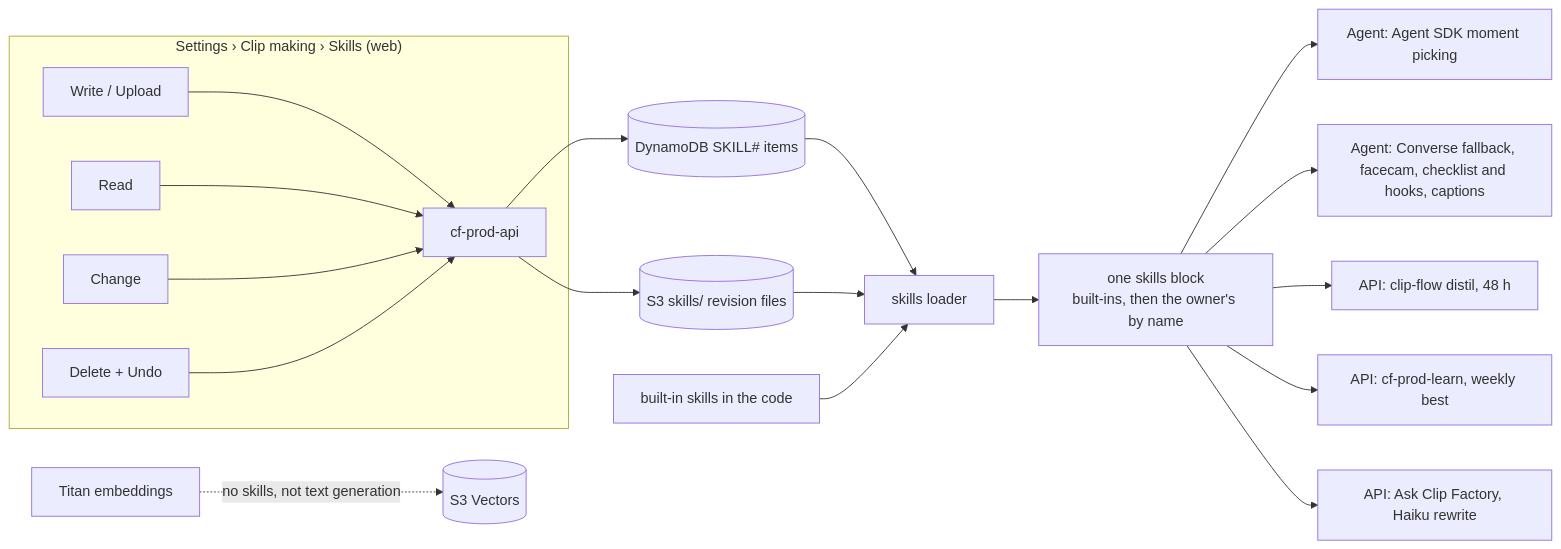
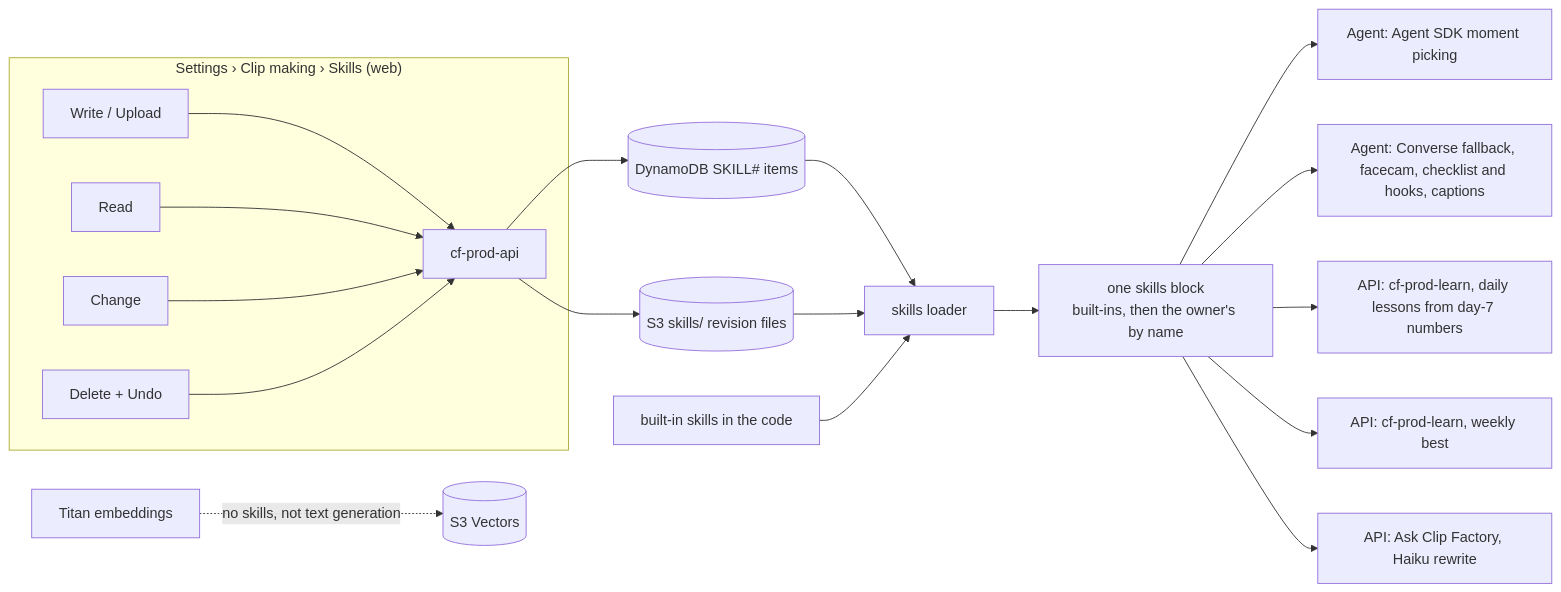
One commit to Lamo2real/clip-factory changed diagram 18 of 20 in docs/ARCHITECTURE.md. Above: the diagram before and after it, drawn with Mermaid. The commit also changed other lines of this file and 12 other files, not shown here.

````diff
--- a/docs/ARCHITECTURE.md
+++ b/docs/ARCHITECTURE.md
@@ -811,21 +810,21 @@
 ```mermaid
 flowchart LR
   subgraph Settings["Settings › Clip making › Skills (web)"]
     W[Write / Upload] --> API
     R[Read] --> API
     E[Change] --> API
     X[Delete + Undo] --> API
   end
   API[cf-prod-api] --> D[("DynamoDB SKILL# items")]
   API --> S[("S3 skills/ revision files")]
   D --> L1[skills loader]
   S --> L1
   B0[built-in skills in the code] --> L1
   L1 --> BLK["one skills block<br/>built-ins, then the owner's by name"]
   BLK --> A1[Agent: Agent SDK moment picking]
   BLK --> A2[Agent: Converse fallback, facecam, checklist and hooks, captions]
-  BLK --> A3[API: clip-flow distil, 48 h]
+  BLK --> A3[API: cf-prod-learn, daily lessons from day-7 numbers]
   BLK --> A4[API: cf-prod-learn, weekly best]
   BLK --> A5[API: Ask Clip Factory, Haiku rewrite]
   T[Titan embeddings] -.no skills, not text generation.-> V[(S3 Vectors)]
 ```
````
